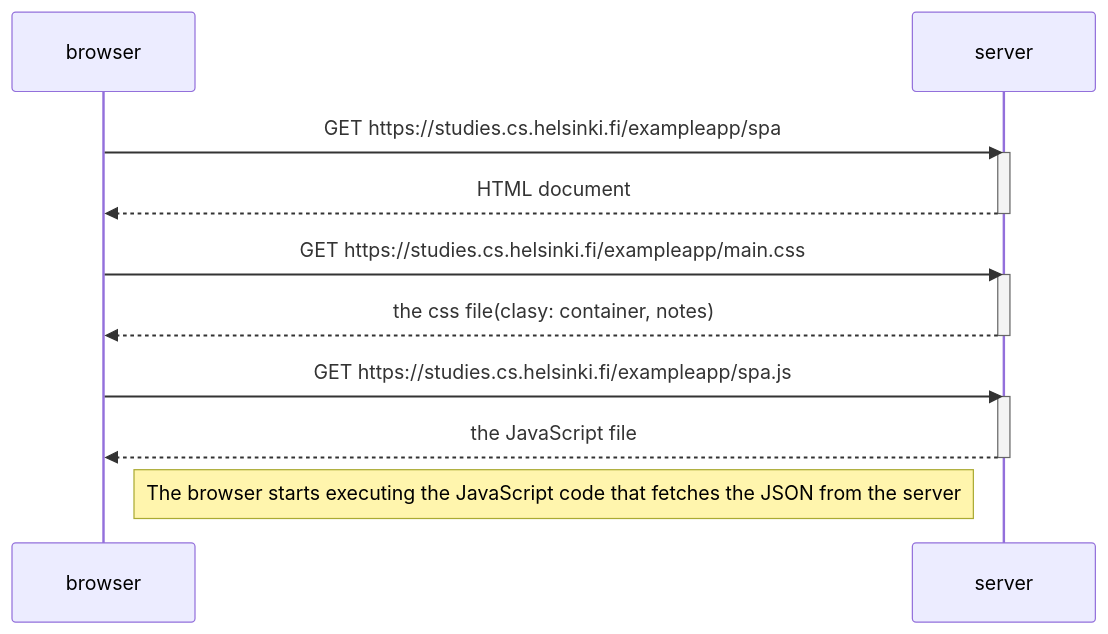
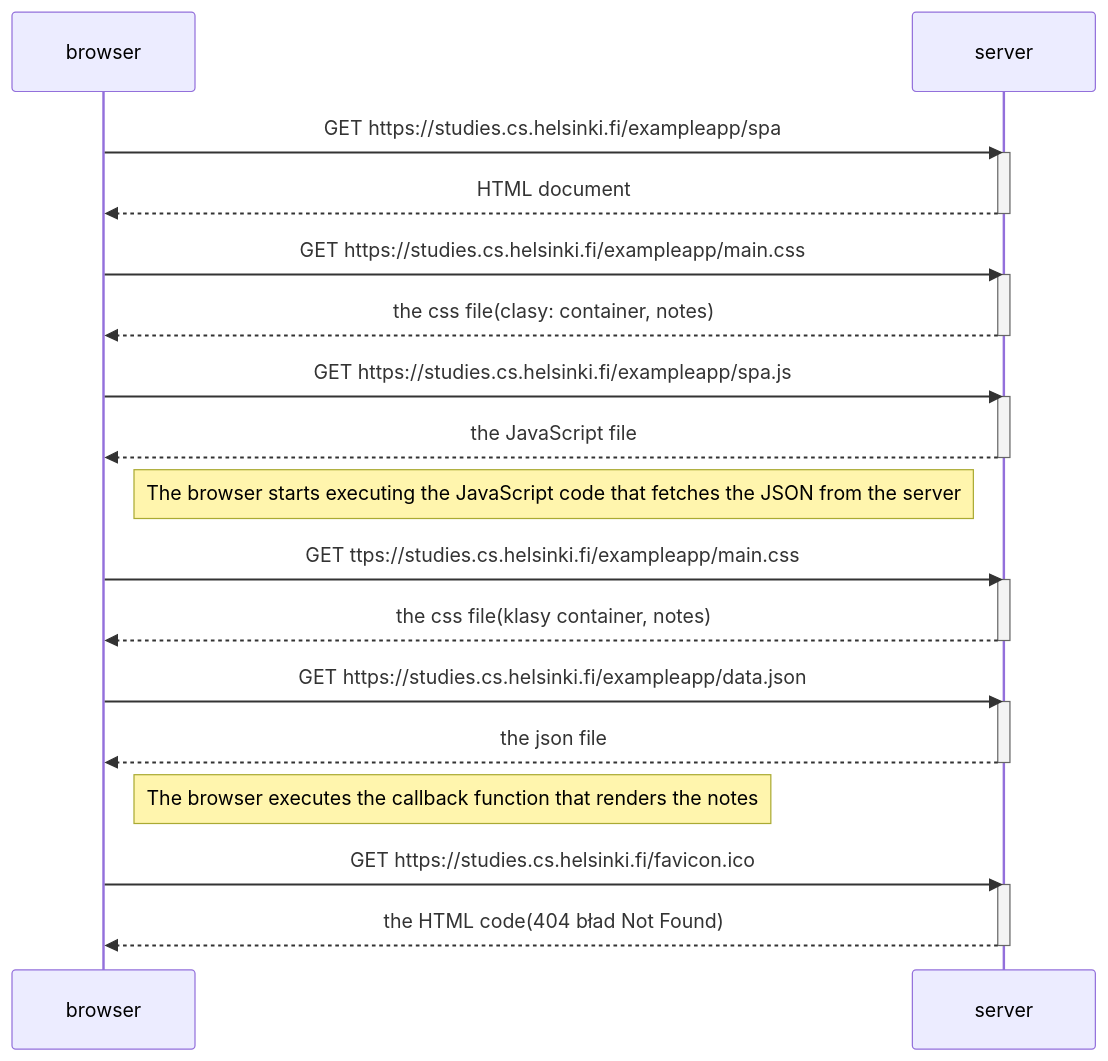
Before and after one commit to Prusinowskaa/FullStack: the diagram in Part0/diagram_spa.md, drawn with Mermaid. The commit also changed 1 other file, not shown here.

````diff
--- a/Part0/diagram_spa.md
+++ b/Part0/diagram_spa.md
@@ -1,22 +1,39 @@
 ```mermaid
 sequenceDiagram
     participant browser
     participant server
 
     browser->>server: GET https://studies.cs.helsinki.fi/exampleapp/spa
         activate server
         server-->>browser: HTML document
         deactivate server
 
     browser->>server: GET https://studies.cs.helsinki.fi/exampleapp/main.css
         activate server
         server-->>browser: the css file(clasy: container, notes)
         deactivate server
 
     browser->>server: GET https://studies.cs.helsinki.fi/exampleapp/spa.js
         activate server
         server-->>browser: the JavaScript file
         deactivate server
 
          Note right of browser: The browser starts executing the JavaScript code that fetches the JSON from the server
+
+    browser->>server: GET ttps://studies.cs.helsinki.fi/exampleapp/main.css
+         activate server
+        server-->>browser: the css file(klasy container, notes)
+        deactivate server
+
+    browser->>server: GET https://studies.cs.helsinki.fi/exampleapp/data.json
+         activate server
+        server-->>browser: the json file
+        deactivate server
+
+    Note right of browser: The browser executes the callback function that renders the notes
+
+        browser->>server: GET https://studies.cs.helsinki.fi/favicon.ico
+        activate server
+        server-->>browser: the HTML code(404 bład Not Found)
+        deactivate server
 ```
````
